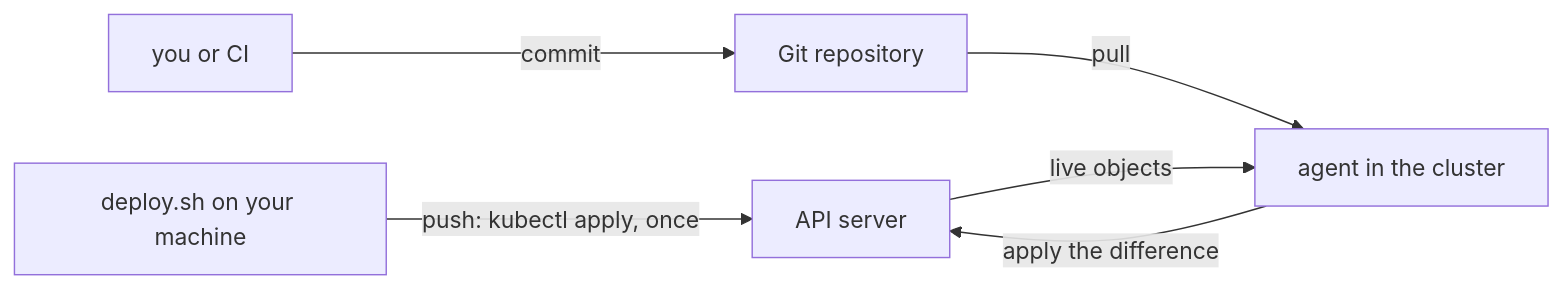
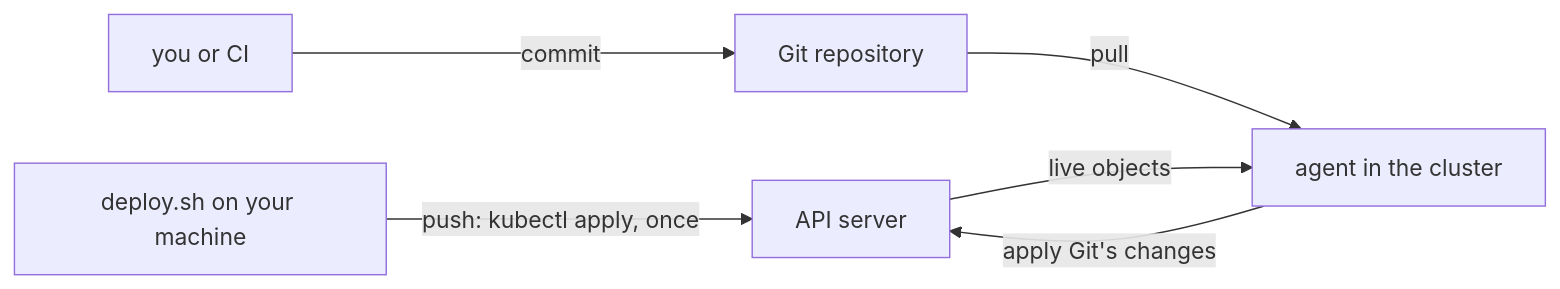
Before and after one commit to duyan11110/lo-trinh-architect: the diagram in content/tracks/devops/gitops/devops.l3.pull-based-deployment.en.md, drawn with Mermaid. The commit also changed other lines of this file and 29 other files, not shown here.

````diff
--- a/content/tracks/devops/gitops/devops.l3.pull-based-deployment.en.md
+++ b/content/tracks/devops/gitops/devops.l3.pull-based-deployment.en.md
@@ -43,8 +43,8 @@
 ```mermaid
 flowchart LR
   S[deploy.sh on your machine] -->|push: kubectl apply, once| A[API server]
   C[you or CI] -->|commit| G[Git repository]
   G -->|pull| AG[agent in the cluster]
-  AG -->|apply the difference| A
+  AG -->|apply Git's changes| A
   A -->|live objects| AG
 ```
````
